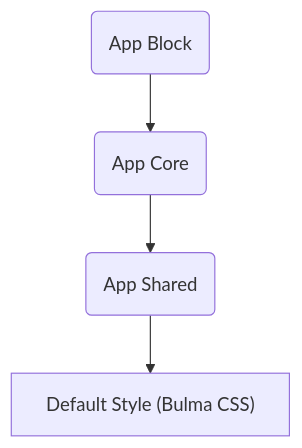
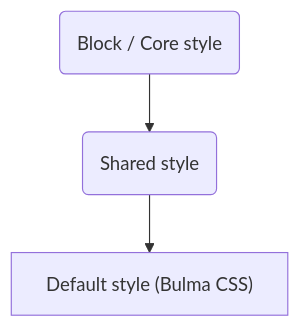
The diagram in docs/guide/theming.md (appsemble/appsemble), drawn with Mermaid before and after one commit. The commit also changed other lines of this file, not shown here.

````diff
--- a/docs/guide/theming.md
+++ b/docs/guide/theming.md
@@ -100,6 +100,6 @@
 ```mermaid
 graph TD
-    A(App Block) --> B(App Core);
-    B --> C(App Shared)
-    C --> D["Default Style (Bulma CSS)"]
+    A(Block / Core style);
+    A --> B(Shared style)
+    B --> C["Default style (Bulma CSS)"]
 ```
````
